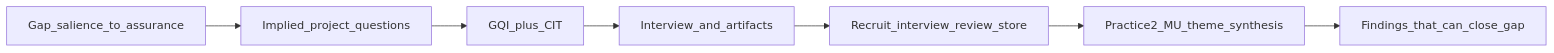
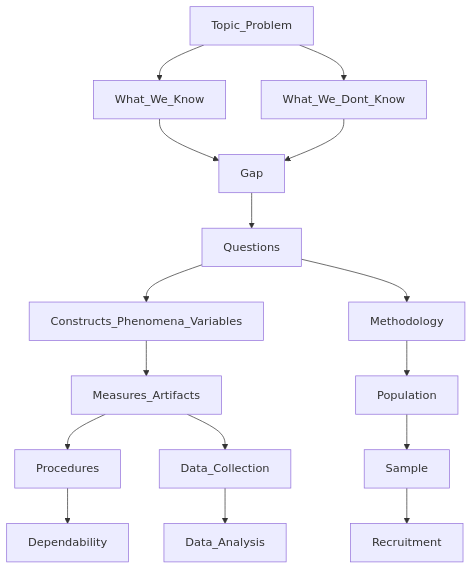
One commit to delano2x-Procedurals/RSCH-V8927 changed the diagram in docs/alignment-assessment-data-collection.md. Above: the diagram before and after it, drawn with Mermaid. The commit also changed other lines of this file, not shown here.

````diff
--- a/docs/alignment-assessment-data-collection.md
+++ b/docs/alignment-assessment-data-collection.md
@@ -34,11 +29,33 @@
 ```mermaid
-flowchart LR
-  gap[Gap_salience_to_assurance]
-  rqs[Implied_project_questions]
-  gqi[GQI_plus_CIT]
-  inst[Interview_and_artifacts]
-  proc[Recruit_interview_review_store]
-  anal[Practice2_MU_theme_synthesis]
-  data[Findings_that_can_close_gap]
-  gap --> rqs --> gqi --> inst --> proc --> anal --> data
+flowchart TB
+  topic[Topic_Problem]
+  known[What_We_Know]
+  unknown[What_We_Dont_Know]
+  gap[Gap]
+  questions[Questions]
+  constructs[Constructs_Phenomena_Variables]
+  methodology[Methodology]
+  measures[Measures_Artifacts]
+  procedures[Procedures]
+  dataCollection[Data_Collection]
+  population[Population]
+  dependability[Dependability]
+  dataAnalysis[Data_Analysis]
+  sample[Sample]
+  recruitment[Recruitment]
+  topic --> known
+  topic --> unknown
+  known --> gap
+  unknown --> gap
+  gap --> questions
+  questions --> constructs
+  questions --> methodology
+  constructs --> measures
+  measures --> procedures
+  measures --> dataCollection
+  methodology --> population
+  procedures --> dependability
+  dataCollection --> dataAnalysis
+  population --> sample
+  sample --> recruitment
 ```
````
